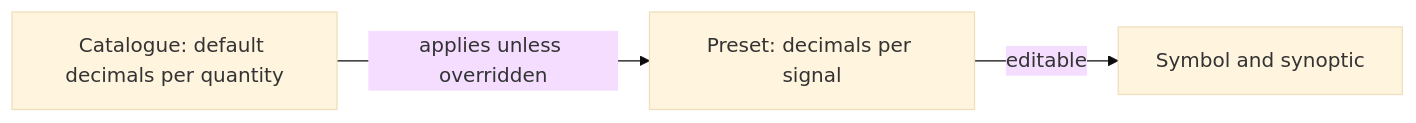
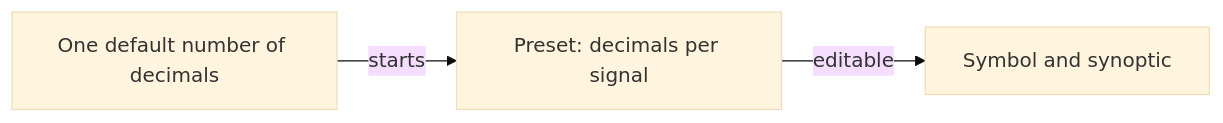
One commit to AlexandreGallais/synoptic-studio-spec changed diagram 30 of 51 in metadata/draft.md. Above: the diagram before and after it, drawn with Mermaid (base theme). The commit also changed other lines of this file and 2 other files, not shown here.

````diff
--- a/metadata/draft.md
+++ b/metadata/draft.md
@@ -824,5 +824,5 @@
 ```mermaid
 flowchart LR
-    U["Catalogue: default decimals per quantity"] -->|"applies unless overridden"| P["Preset: decimals per signal"]
+    U["One default number of decimals"] -->|"starts"| P["Preset: decimals per signal"]
     P -->|"editable"| S["Symbol and synoptic"]
 ```
````
